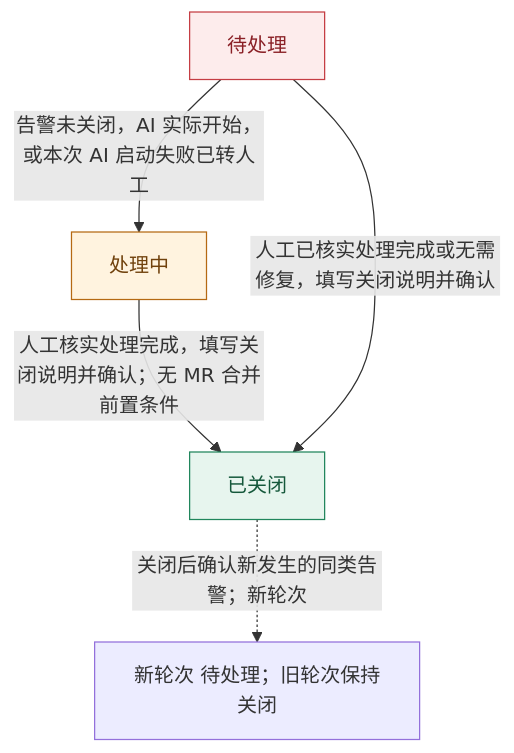
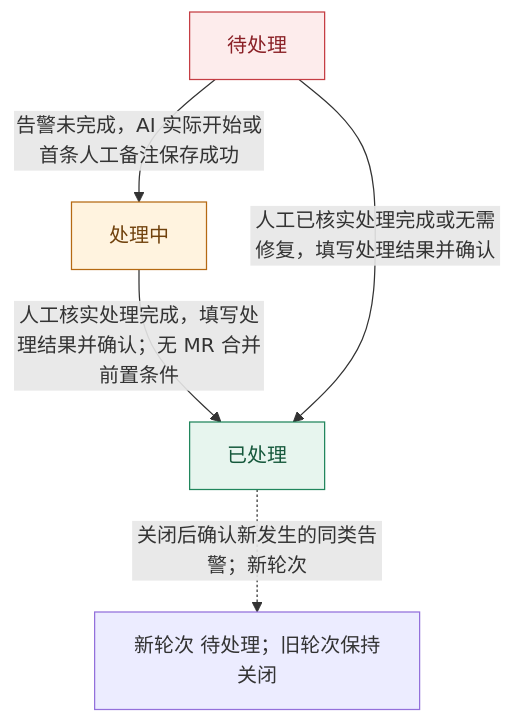
Before and after one commit to mylxy/ai-alertops: the diagram in docs/design/dingtalk-log-alert/卡片流程对照.md, drawn with Mermaid. The commit also changed other lines of this file and 36 other files, not shown here.

````diff
--- a/docs/design/dingtalk-log-alert/卡片流程对照.md
+++ b/docs/design/dingtalk-log-alert/卡片流程对照.md
@@ -23,16 +23,16 @@
 ```mermaid
 flowchart TD
   new["待处理"]
   processing["处理中"]
-  closed["已关闭"]
-  new -->|"告警未关闭，AI 实际开始，或本次 AI 启动失败已转人工"| processing
-  processing -->|"人工核实处理完成，填写关闭说明并确认；无 MR 合并前置条件"| closed
-  new -->|"人工已核实处理完成或无需修复，填写关闭说明并确认"| closed
+  closed["已处理"]
+  new -->|"告警未完成，AI 实际开始或首条人工备注保存成功"| processing
+  processing -->|"人工核实处理完成，填写处理结果并确认；无 MR 合并前置条件"| closed
+  new -->|"人工已核实处理完成或无需修复，填写处理结果并确认"| closed
   closed -.->|"关闭后确认新发生的同类告警；新轮次"| next_round["新轮次 待处理；旧轮次保持关闭"]
   classDef red fill:#FDECEC,stroke:#C53D43,color:#8A2026;
   classDef orange fill:#FFF3DF,stroke:#B56913,color:#70410C;
   classDef green fill:#E7F5EE,stroke:#21865C,color:#15583B;
   class new red;
   class processing orange;
   class closed green;
 ```
````
